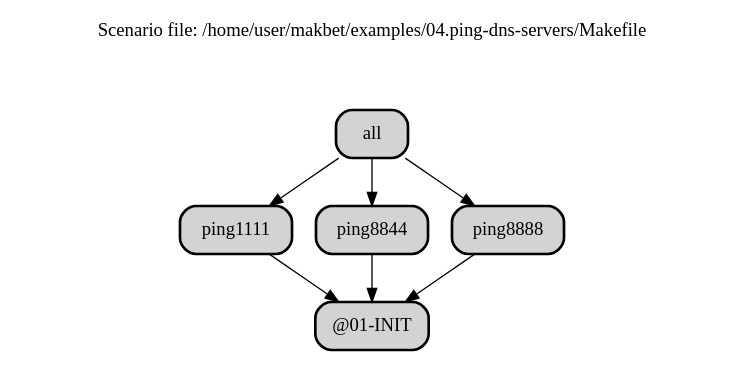
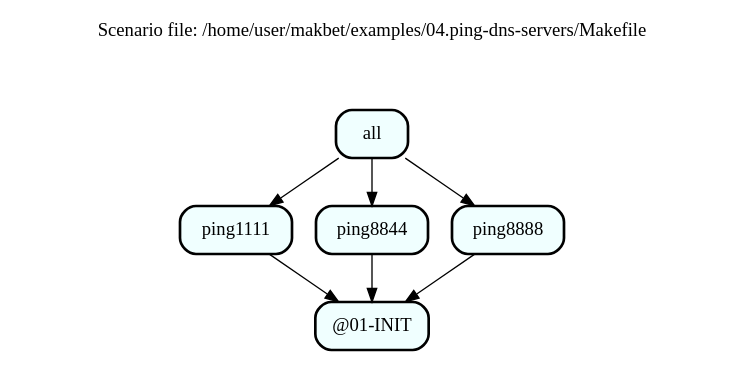
The diagram in examples/04.ping-dns-servers/results/output.dot (skaluzka/makbet), drawn with Graphviz before and after one commit. The commit also changed 11 other files, not shown here.

```diff
--- a/examples/04.ping-dns-servers/results/output.dot
+++ b/examples/04.ping-dns-servers/results/output.dot
@@ -1,55 +1,55 @@
 digraph {
 
 // This file has been generated by makbet master+g23016ba-2020-12-08T20:14:39+01:00
 // Generation date: Tue Dec  8 09:14:27 PM CET 2020
 // Scenario file: /home/user/makbet/examples/04.ping-dns-servers/Makefile
 
 // Define graph title.
 labelloc="t";
 label="Scenario file: /home/user/makbet/examples/04.ping-dns-servers/Makefile\n\n\n\n";
 
 // Define global options for all nodes.
-node [shape="box" style="rounded, bold, filled"];
+node [shape="box" style="rounded, bold, filled" fillcolor="azure"];
 
 
 // TASK_NAME: @01-INIT
 // TASK_ID: 1
 // TASK_DEPS: 
 // TASK_CMD: 
 // TASK_CMD_OPTS: 
 "@01-INIT";
 
 // TASK_NAME: all
 // TASK_ID: 6
 // TASK_DEPS: ping1111 ping8844 ping8888
 // TASK_CMD: 
 // TASK_CMD_OPTS: 
 "all" -> "ping1111";
 "all" -> "ping8844";
 "all" -> "ping8888";
 
 // TASK_NAME: ping1111
 // TASK_ID: 2
 // TASK_DEPS: @01-INIT
 // TASK_CMD: ping
 // TASK_CMD_OPTS: -c10 1.1.1.1
 "ping1111" -> "@01-INIT";
 
 // TASK_NAME: ping8844
 // TASK_ID: 3
 // TASK_DEPS: @01-INIT
 // TASK_CMD: ping
 // TASK_CMD_OPTS: -c4 8.8.4.4
 "ping8844" -> "@01-INIT";
 
 // TASK_NAME: ping8888
 // TASK_ID: 4
 // TASK_DEPS: @01-INIT
 // TASK_CMD: ping
 // TASK_CMD_OPTS: -c4 8.8.8.8
 "ping8888" -> "@01-INIT";
 
 }
 
 
 // End of file
```
